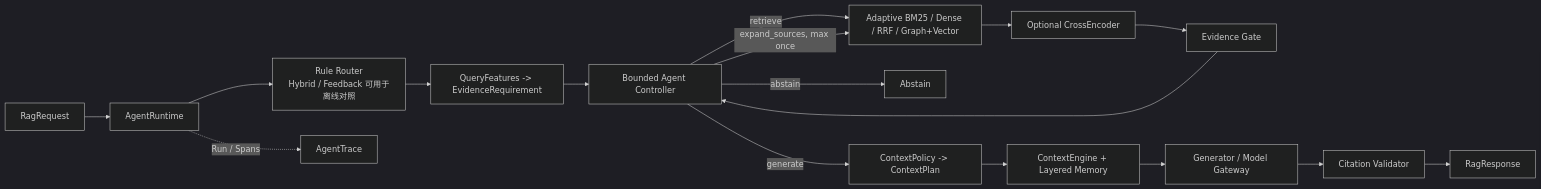
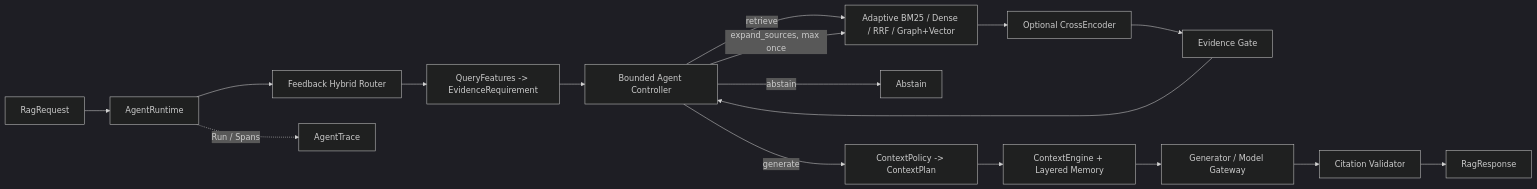
Before and after one commit to 1hao1hao/Agent_for_Job_Application: the diagram in README.md, drawn with Mermaid (dark theme). The commit also changed other lines of this file and 41 other files, not shown here.

````diff
--- a/README.md
+++ b/README.md
@@ -17,19 +17,19 @@
 ```mermaid
 flowchart LR
     Q[RagRequest] --> RT[AgentRuntime]
-    RT --> R[Rule Router<br/>Hybrid / Feedback 可用于离线对照]
+    RT --> R[Feedback Hybrid Router]
     R --> QA[QueryFeatures -> EvidenceRequirement]
     QA --> CTRL[Bounded Agent Controller]
     CTRL -->|retrieve| RET[Adaptive BM25 / Dense / RRF / Graph+Vector]
     RET --> RR[Optional CrossEncoder]
     RR --> G[Evidence Gate]
     G --> CTRL
     CTRL -->|expand_sources, max once| RET
     CTRL -->|abstain| A[Abstain]
     CTRL -->|generate| CP[ContextPolicy -> ContextPlan]
     CP --> CE[ContextEngine + Layered Memory]
     CE --> GW[Generator / Model Gateway]
     GW --> V[Citation Validator]
     V --> O[RagResponse]
     RT -. Run / Spans .-> T[AgentTrace]
 ```
````
